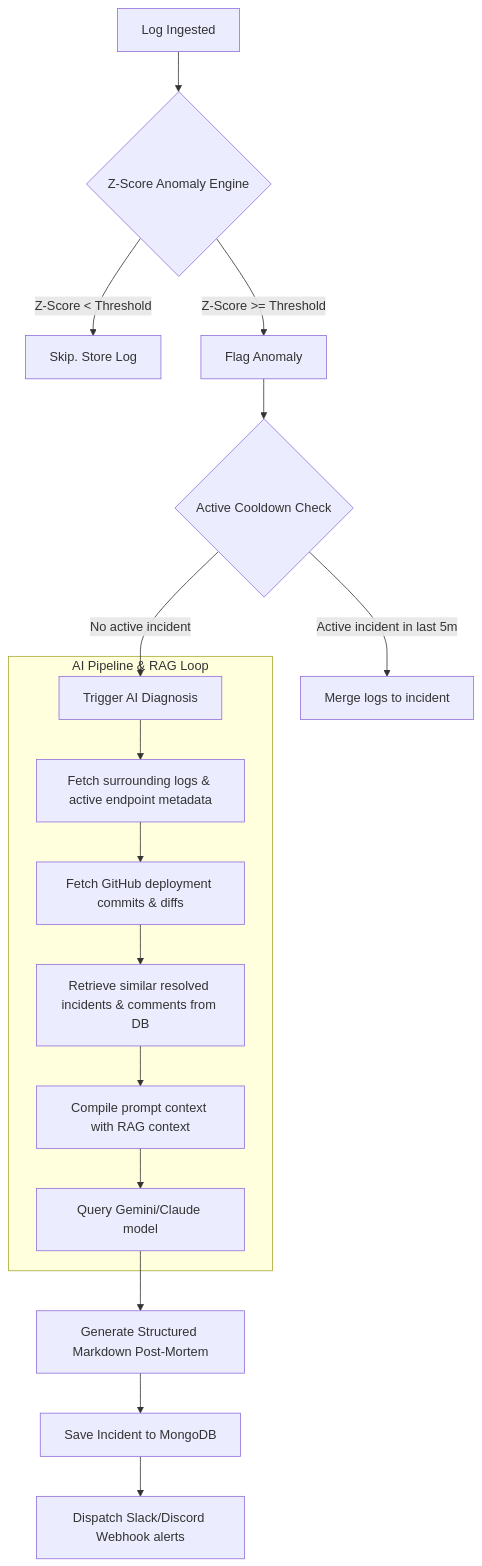
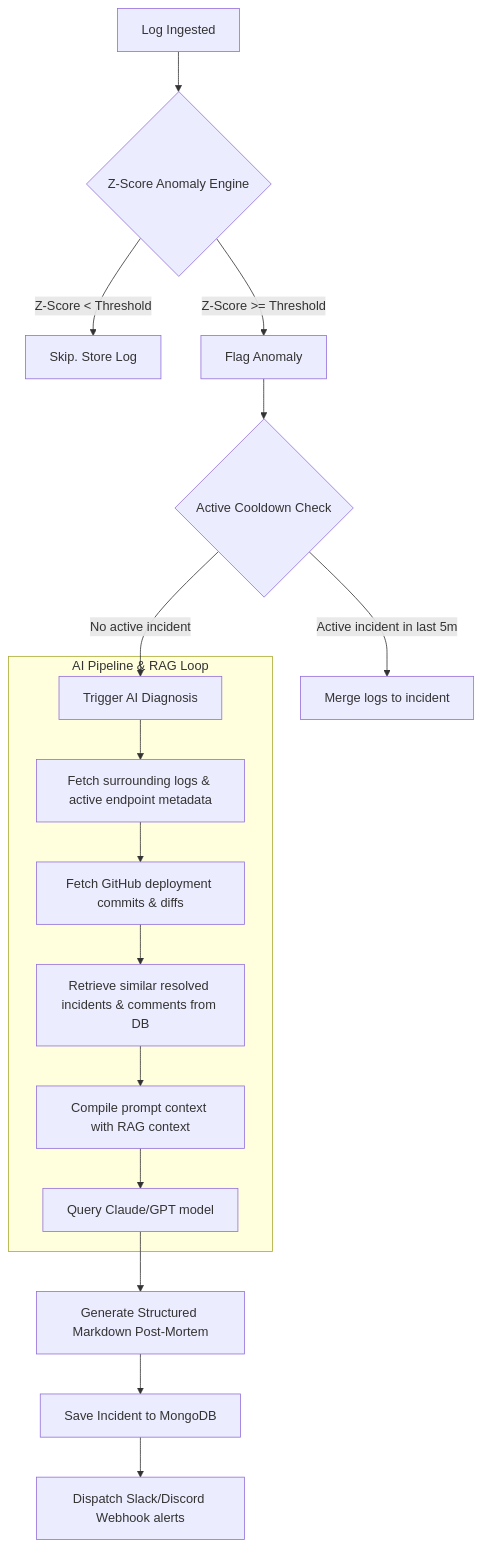
One commit to Vaibhav-Singh2/ObservabilityOS changed the third of 3 diagrams in docs/ARCHITECTURE.md. Above: the diagram before and after it, drawn with Mermaid. The commit also changed other lines of this file and 5 other files, not shown here.

````diff
--- a/docs/ARCHITECTURE.md
+++ b/docs/ARCHITECTURE.md
@@ -98,21 +98,21 @@
 ```mermaid
 graph TD
     A[Log Ingested] --> B{Z-Score Anomaly Engine}
     B -- Z-Score < Threshold --> C[Skip. Store Log]
     B -- Z-Score >= Threshold --> D[Flag Anomaly]
     D --> E{Active Cooldown Check}
     E -- Active incident in last 5m --> F[Merge logs to incident]
     E -- No active incident --> G[Trigger AI Diagnosis]
 
     subgraph AI Pipeline & RAG Loop
         G --> H[Fetch surrounding logs & active endpoint metadata]
         H --> I[Fetch GitHub deployment commits & diffs]
         I --> J[Retrieve similar resolved incidents & comments from DB]
         J --> K[Compile prompt context with RAG context]
-        K --> L[Query Gemini/Claude model]
+        K --> L[Query Claude/GPT model]
     end
 
     L --> M[Generate Structured Markdown Post-Mortem]
     M --> N[Save Incident to MongoDB]
     N --> O[Dispatch Slack/Discord Webhook alerts]
 ```
````
